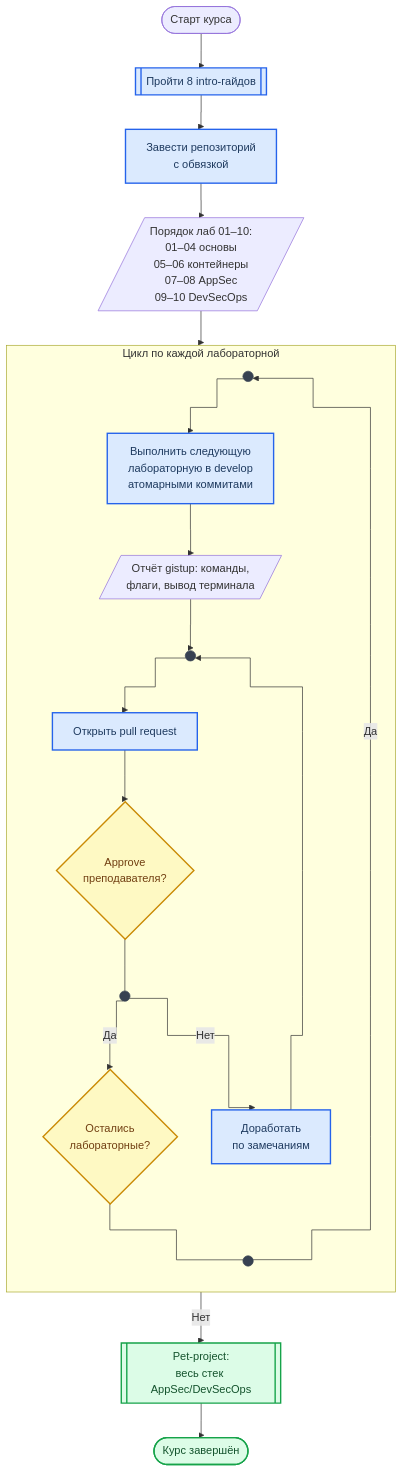
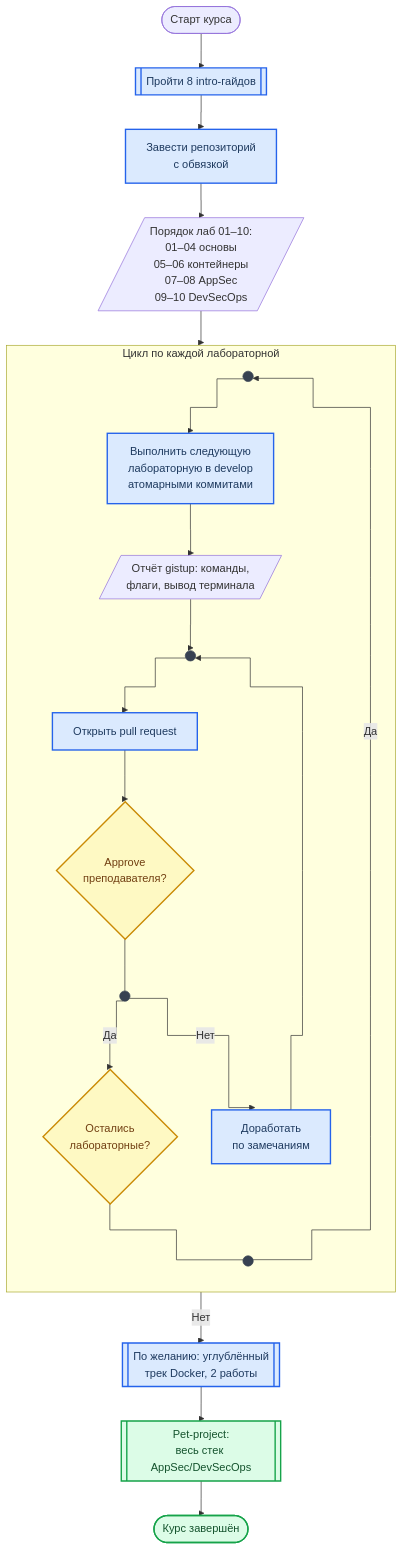
Before and after one commit to geminishkv/course_labs: the first of 3 diagrams in README.md, drawn with Mermaid. The commit also changed other lines of this file and 9 other files, not shown here.

First line of the commit message:
feat(site): wire the advanced Docker track into the site

````diff
--- a/README.md
+++ b/README.md
@@ -71,56 +77,58 @@
 ```mermaid
 %%{init: {"flowchart": {"curve": "step"}}}%%
 flowchart TB
     accTitle: Маршрут прохождения курса
-    accDescr: Курс начинается с восьми intro-гайдов и репозитория с обвязкой, затем идёт цикл по десяти лабораторным: работа атомарными коммитами в develop, отчёт gistup, pull request и approve преподавателя с доработкой при отказе; после лабораторных — pet-project и завершение курса.
+    accDescr: Курс начинается с восьми intro-гайдов и репозитория с обвязкой, затем идёт цикл по десяти лабораторным: работа атомарными коммитами в develop, отчёт gistup, pull request и approve преподавателя с доработкой при отказе; после лабораторных — по желанию углублённый трек по Docker из двух работ, затем pet-project и завершение курса.
 
     course_start([Старт курса])
     prep_guides[[Пройти 8 intro-гайдов]]
     repo_scaffold["Завести репозиторий<br/>с обвязкой"]
     lab_order[/"Порядок лаб 01–10:<br/>01–04 основы<br/>05–06 контейнеры<br/>07–08 AppSec<br/>09–10 DevSecOps"/]
 
     subgraph lab_cycle [Цикл по каждой лабораторной]
         direction TB
         next_join((" "))
         lab_work["Выполнить следующую<br/>лабораторную в develop<br/>атомарными коммитами"]
         lab_report[/"Отчёт gistup: команды,<br/>флаги, вывод терминала"/]
         pr_join((" "))
         lab_pr[Открыть pull request]
         review_gate{"Approve<br/>преподавателя?"}
         review_fork((" "))
         lab_rework["Доработать<br/>по замечаниям"]
         labs_left{"Остались<br/>лабораторные?"}
         labs_fork((" "))
     end
 
+    docker_track[["По желанию: углублённый<br/>трек Docker, 2 работы"]]
     pet_project[["Pet-project:<br/>весь стек AppSec/DevSecOps"]]
     course_end([Курс завершён])
 
     course_start --> prep_guides
     prep_guides --> repo_scaffold
     repo_scaffold --> lab_order
     lab_order --> next_join
     next_join --> lab_work
     lab_work --> lab_report
     lab_report --> pr_join
     pr_join --> lab_pr
     lab_pr --> review_gate
     review_gate --- review_fork
     review_fork -->|Да| labs_left
     review_fork -->|Нет| lab_rework
     lab_rework --> pr_join
     labs_left --- labs_fork
     labs_fork -->|Да| next_join
-    labs_fork -->|Нет| pet_project
+    labs_fork -->|Нет| docker_track
+    docker_track --> pet_project
     pet_project --> course_end
 
     classDef junction fill:#374151,stroke:#374151,stroke-width:1px,color:#374151,font-size:1px
     classDef stage fill:#dbeafe,stroke:#2563eb,stroke-width:2px,color:#1e3a5f
     classDef gate fill:#fef9c3,stroke:#ca8a04,stroke-width:2px,color:#713f12
     classDef done fill:#dcfce7,stroke:#16a34a,stroke-width:2px,color:#14532d
 
     class next_join,pr_join,review_fork,labs_fork junction
-    class prep_guides,repo_scaffold,lab_work,lab_pr,lab_rework stage
+    class prep_guides,repo_scaffold,lab_work,lab_pr,lab_rework,docker_track stage
     class review_gate,labs_left gate
     class pet_project,course_end done
 ```
````
